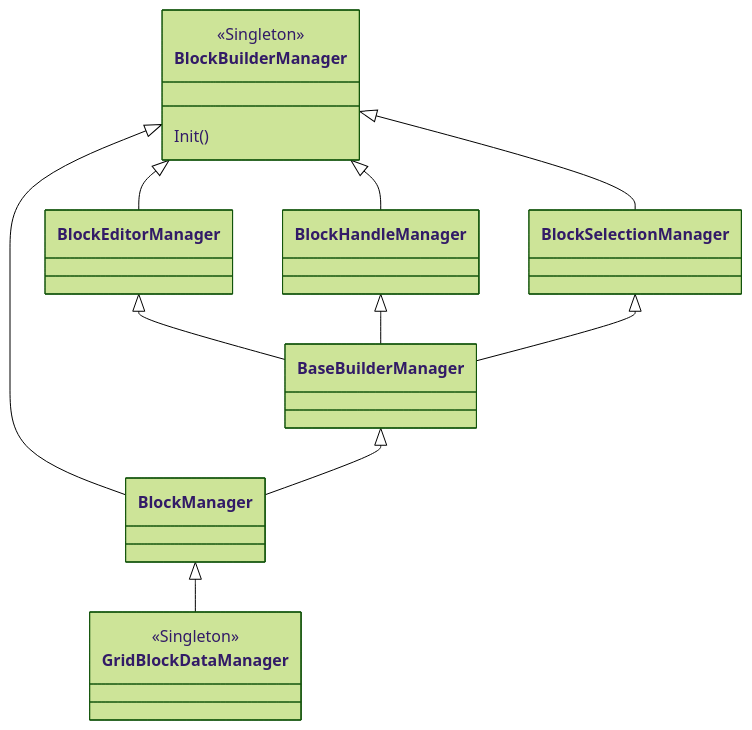
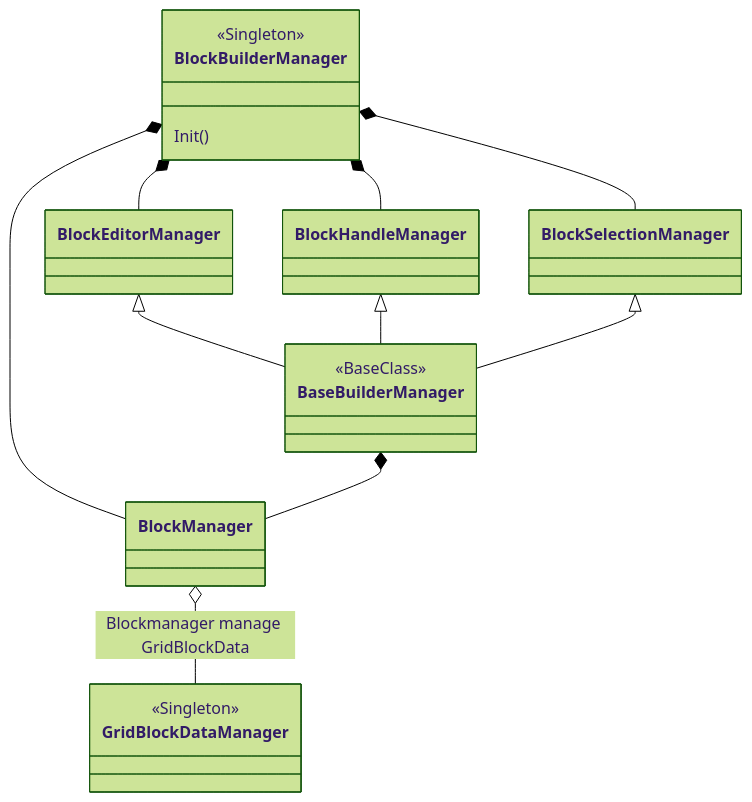
The diagram in README.md (Fusamamu/MugCup_BlockBuilder), drawn with Mermaid (forest theme) before and after one commit. The commit also changed 2 other files, not shown here.

Commit message:
BlockBuilderManager Managed

````diff
--- a/README.md
+++ b/README.md
@@ -19,25 +19,29 @@
 ```mermaid
 classDiagram
-BlockBuilderManager <|-- BlockManager
+BlockBuilderManager *-- BlockManager
+
 <<Singleton>> BlockBuilderManager
 BlockBuilderManager : Init()
 
-BlockManager <|-- GridBlockDataManager
+BlockManager o-- GridBlockDataManager : Blockmanager manage GridBlockData
 
-BlockBuilderManager <|-- BlockEditorManager
-BlockBuilderManager <|-- BlockHandleManager
-BlockBuilderManager <|-- BlockSelectionManager
+BlockBuilderManager *-- BlockEditorManager
+BlockBuilderManager *-- BlockHandleManager
+BlockBuilderManager *-- BlockSelectionManager
 
 BlockEditorManager    <|-- BaseBuilderManager
 BlockHandleManager    <|-- BaseBuilderManager
 BlockSelectionManager <|-- BaseBuilderManager
 
-
-BaseBuilderManager <|-- BlockManager
+BaseBuilderManager *-- BlockManager
 
 class GridBlockDataManager{
 <<Singleton>>
 }
 
+class BaseBuilderManager{
+<<BaseClass>>
+}
+
 
 ```
````
